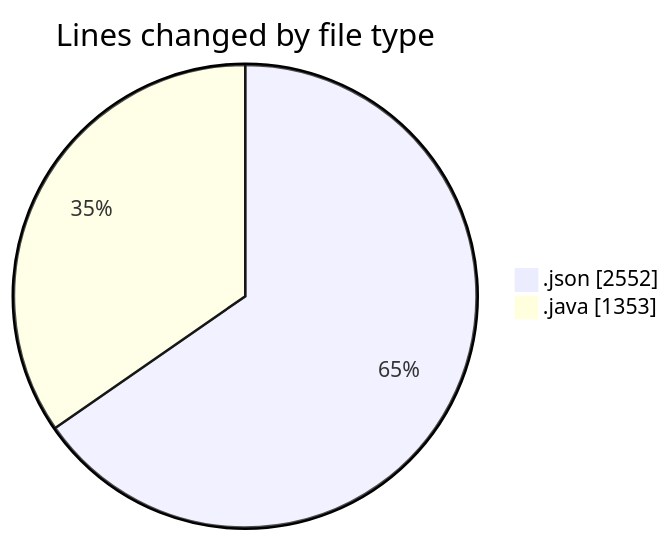
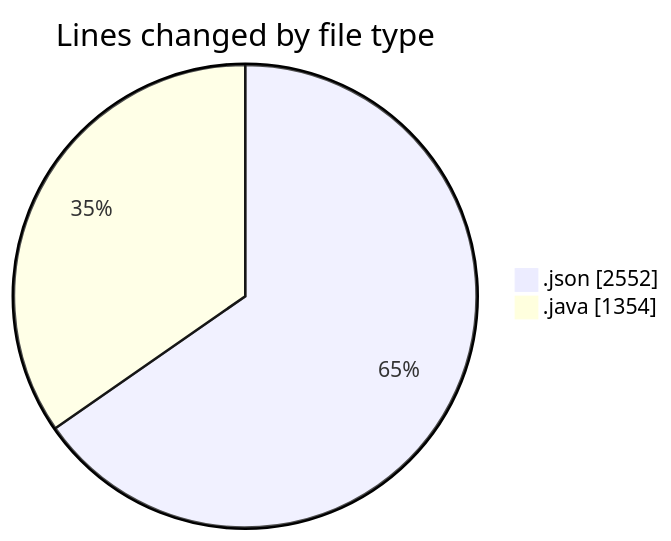
One commit to ricardozamudiocil/code-tracking changed the first of 2 diagrams in 2026-10-20/cilapp/README.md. Above: the diagram before and after it, drawn with Mermaid. The commit also changed other lines of this file and 1 other file, not shown here.

````diff
--- a/2026-10-20/cilapp/README.md
+++ b/2026-10-20/cilapp/README.md
@@ -24,6 +24,6 @@
 ```mermaid
 pie showData
 title Lines changed by file type
 ".json" : 2552
-".java" : 1353
+".java" : 1354
 ```
````
